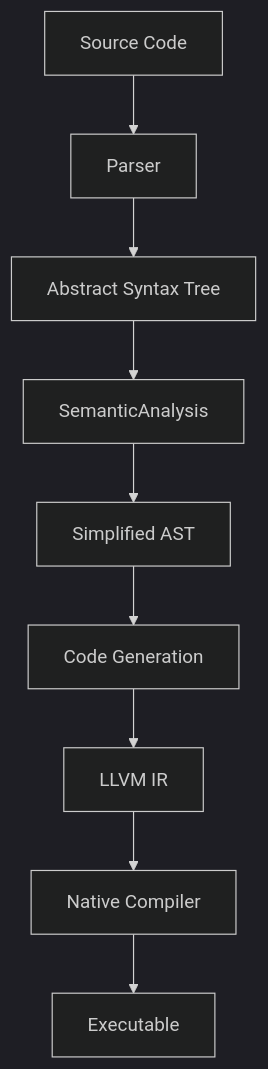
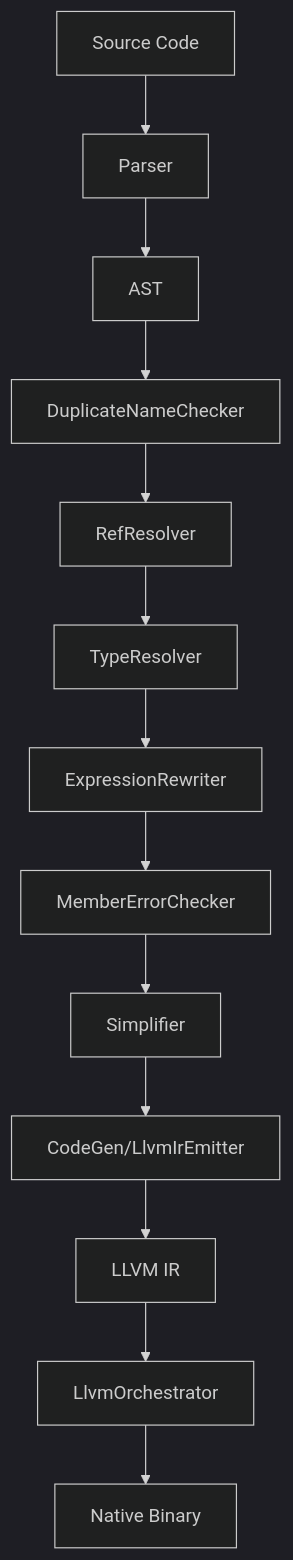
One commit to fedesilva/minnieml changed the diagram in memory-bank/systemPatterns.md. Above: the diagram before and after it, drawn with Mermaid (dark theme). The commit also changed other lines of this file and 2 other files, not shown here.

````diff
--- a/memory-bank/systemPatterns.md
+++ b/memory-bank/systemPatterns.md
@@ -54,11 +130,15 @@
 ```mermaid
 flowchart TD
-    SourceCode[Source Code] --> Parser
-    Parser --> AST[Abstract Syntax Tree]
-    AST --> SemanticAnalysis
-    SemanticAnalysis --> SimplifiedAST[Simplified AST]
-    SimplifiedAST --> CodeGen[Code Generation]
-    CodeGen --> LLVMIR[LLVM IR]
-    LLVMIR --> NativeCompiler[Native Compiler]
-    NativeCompiler --> Executable
+    Source[Source Code] --> Parser[Parser]
+    Parser --> AST[AST]
+    AST --> DC[DuplicateNameChecker]
+    DC --> RR[RefResolver]
+    RR --> TR[TypeResolver]
+    TR --> ER[ExpressionRewriter]
+    ER --> MEC[MemberErrorChecker]
+    MEC --> S[Simplifier]
+    S --> CG[CodeGen/LlvmIrEmitter]
+    CG --> LLVM[LLVM IR]
+    LLVM --> LO[LlvmOrchestrator]
+    LO --> Binary[Native Binary]
 ```
````
